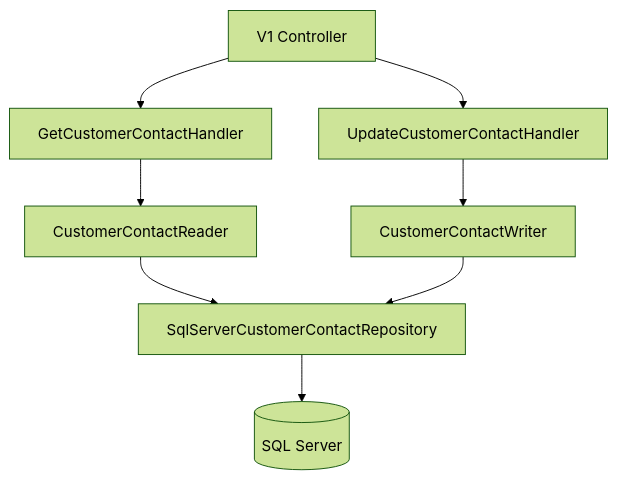
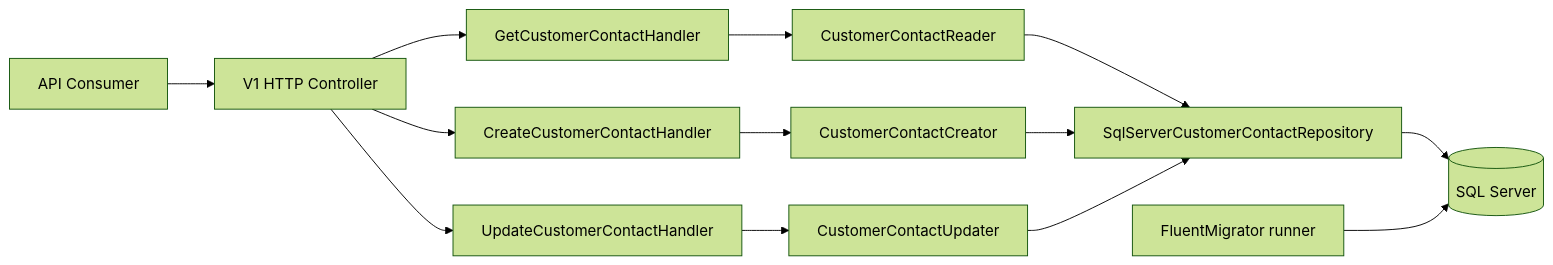
Before and after one commit to khru/aida-parallel-changes-workshop: the first of 2 diagrams in README.md, drawn with Mermaid (forest theme). The commit also changed other lines of this file and 152 other files, not shown here.

````diff
--- a/README.md
+++ b/README.md
@@ -142,10 +20,15 @@
 ```mermaid
-flowchart TB
-  Controller[V1 Controller] --> GetHandler[GetCustomerContactHandler]
+flowchart LR
+  Consumer[API Consumer] --> Controller[V1 HTTP Controller]
+  Controller --> GetHandler[GetCustomerContactHandler]
+  Controller --> CreateHandler[CreateCustomerContactHandler]
   Controller --> UpdateHandler[UpdateCustomerContactHandler]
   GetHandler --> ReaderPort[CustomerContactReader]
-  UpdateHandler --> WriterPort[CustomerContactWriter]
+  CreateHandler --> CreatorPort[CustomerContactCreator]
+  UpdateHandler --> UpdaterPort[CustomerContactUpdater]
   ReaderPort --> SqlRepo[SqlServerCustomerContactRepository]
-  WriterPort --> SqlRepo
+  CreatorPort --> SqlRepo
+  UpdaterPort --> SqlRepo
   SqlRepo --> Sql[(SQL Server)]
+  Migrator[FluentMigrator runner] --> Sql
 ```
````
